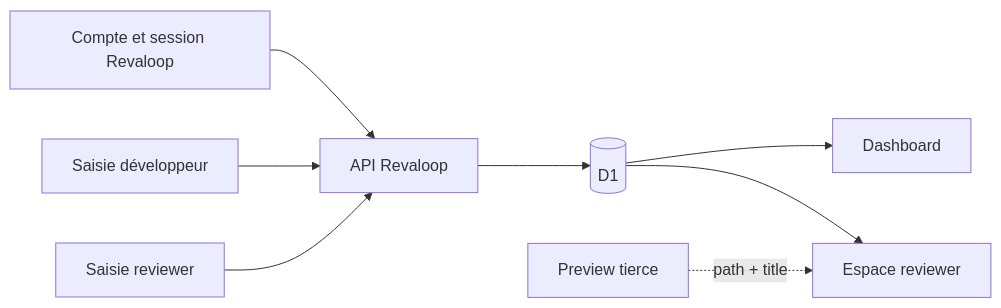
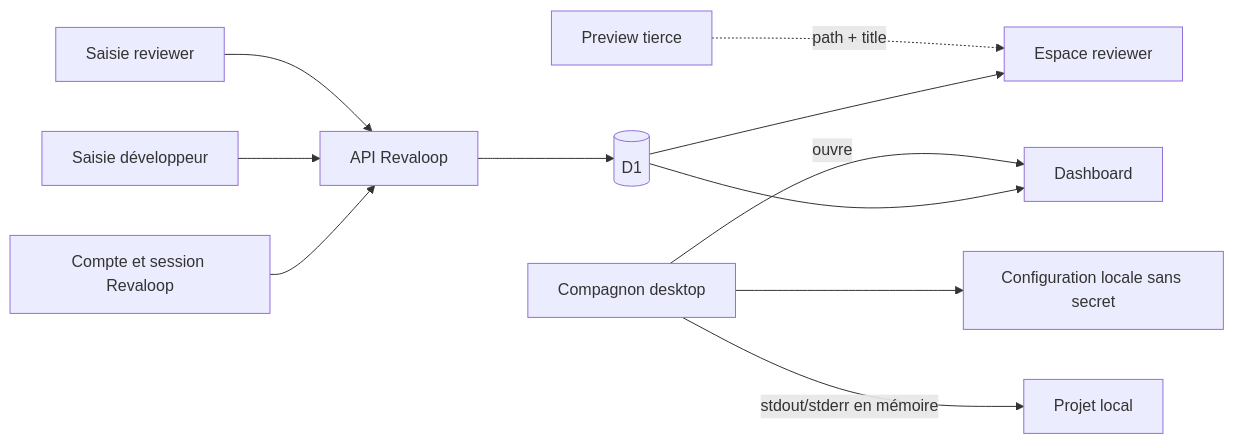
The diagram in docs/DATA_LIFECYCLE.md (rfielbal/Revaloop), drawn with Mermaid before and after one commit. The commit also changed other lines of this file and 54 other files, not shown here.

Commit message:
Ajoute le compagnon desktop sécurisé pour piloter les projets locaux

````diff
--- a/docs/DATA_LIFECYCLE.md
+++ b/docs/DATA_LIFECYCLE.md
@@ -81,10 +111,13 @@
 ```mermaid
 flowchart LR
     auth["Compte et session Revaloop"] --> api["API Revaloop"]
     developer["Saisie développeur"] --> api
     reviewer["Saisie reviewer"] --> api
     api --> d1[("D1")]
     d1 --> dashboard["Dashboard"]
     d1 --> review["Espace reviewer"]
     preview["Preview tierce"] -. "path + title" .-> review
+    desktop["Compagnon desktop"] --> config["Configuration locale sans secret"]
+    desktop -->|"ouvre"| dashboard
+    desktop -->|"stdout/stderr en mémoire"| local["Projet local"]
 ```
````
